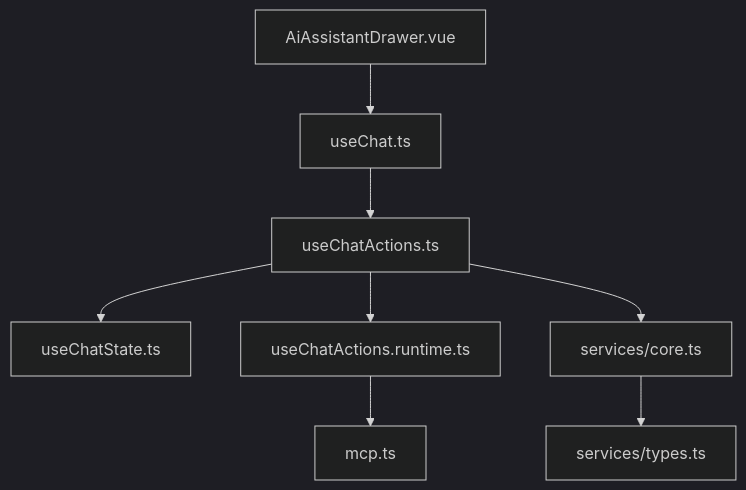
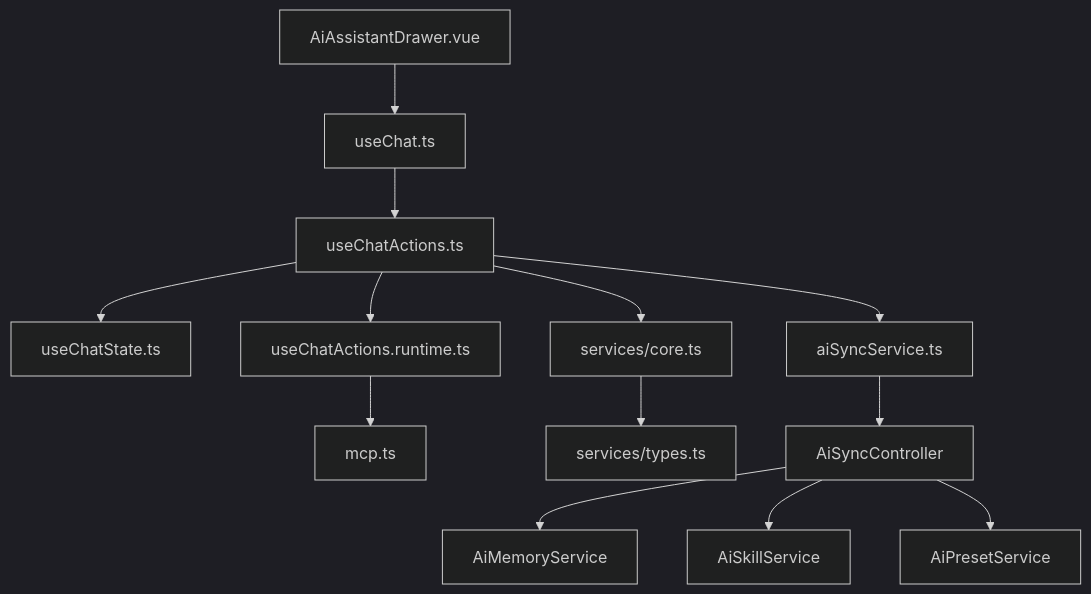
One commit to xixixiaoyu/Todo changed diagram 12 of 12 in .qoder/repowiki/zh/content/核心模块/AI助手系统/AI助手系统.md. Above: the diagram before and after it, drawn with Mermaid (dark theme). The commit also changed other lines of this file and 12 other files, not shown here.

````diff
--- a/.qoder/repowiki/zh/content/核心模块/AI助手系统/AI助手系统.md
+++ b/.qoder/repowiki/zh/content/核心模块/AI助手系统/AI助手系统.md
@@ -439,10 +698,15 @@
 ```mermaid
 graph TB
 Drawer["AiAssistantDrawer.vue"] --> Chat["useChat.ts"]
 Chat --> Actions["useChatActions.ts"]
 Actions --> State["useChatState.ts"]
 Actions --> Runtime["useChatActions.runtime.ts"]
+Actions --> Sync["aiSyncService.ts"]
 Runtime --> MCP["mcp.ts"]
 Actions --> Core["services/core.ts"]
 Core --> Types["services/types.ts"]
+Sync --> SyncCtrl["AiSyncController"]
+SyncCtrl --> SyncMem["AiMemoryService"]
+SyncCtrl --> SyncSkill["AiSkillService"]
+SyncCtrl --> SyncPreset["AiPresetService"]
 ```
````
